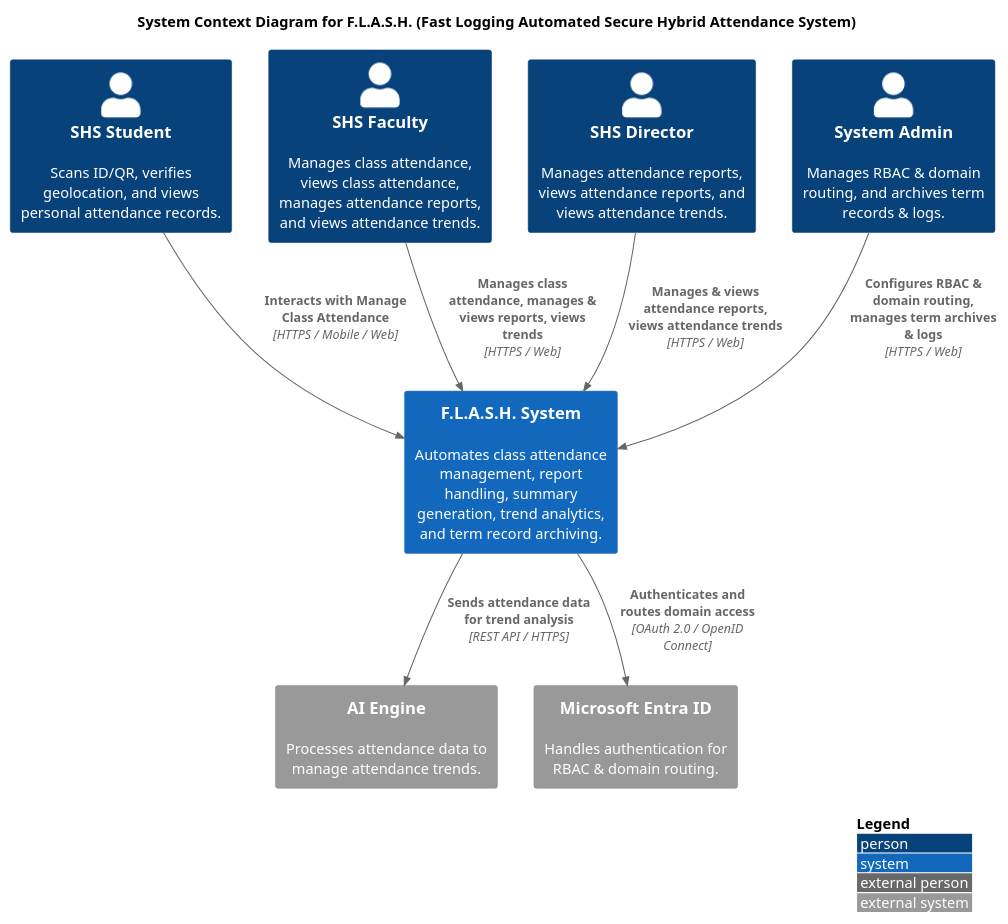
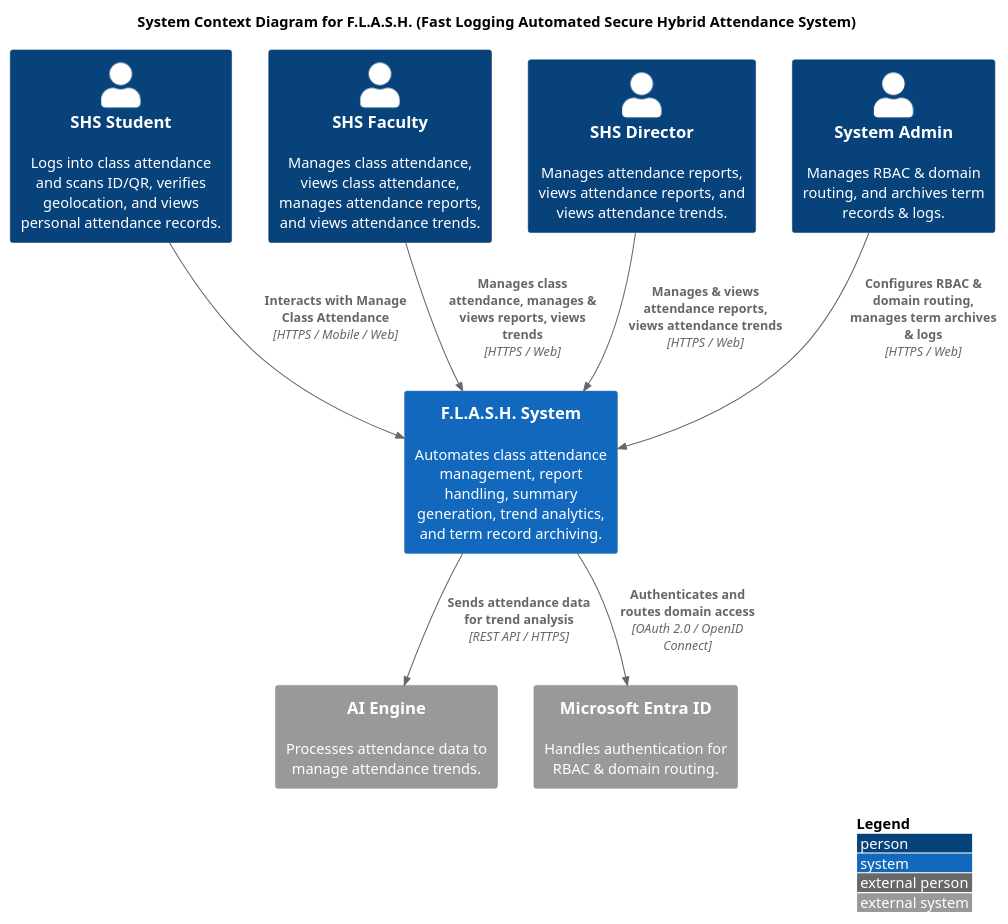
One commit to APC-SoCIT/APC-2026-2027-T1-IT241-Grp2-F.L.A.S.H-Fast-Logging-Automated-Secure-Hybrid-attendance changed the diagram in docs/MSYADD1/SystemContextDiagramCyberByte.puml. Above: the diagram before and after it, drawn with PlantUML.

Commit message:
Updated Context Diagram

```diff
--- a/docs/MSYADD1/SystemContextDiagramCyberByte.puml
+++ b/docs/MSYADD1/SystemContextDiagramCyberByte.puml
@@ -1,31 +1,31 @@
 @startuml
 !include https://raw.githubusercontent.com/plantuml-stdlib/C4-PlantUML/master/C4_Context.puml
 
 LAYOUT_WITH_LEGEND()
 
 title System Context Diagram for F.L.A.S.H. (Fast Logging Automated Secure Hybrid Attendance System)
 
 ' Persons (Users)
-Person(student, "SHS Student", "Scans ID/QR, verifies geolocation, and views personal attendance records.")
+Person(student, "SHS Student", "Logs into class attendance and scans ID/QR, verifies geolocation, and views personal attendance records.")
 Person(faculty, "SHS Faculty", "Manages class attendance, views class attendance, manages attendance reports, and views attendance trends.")
 Person(director, "SHS Director", "Manages attendance reports, views attendance reports, and views attendance trends.")
 Person(admin, "System Admin", "Manages RBAC & domain routing, and archives term records & logs.")
 
 ' Main System
 System(flash, "F.L.A.S.H. System", "Automates class attendance management, report handling, summary generation, trend analytics, and term record archiving.")
 
 ' External Systems
 System_Ext(ai_engine, "AI Engine", "Processes attendance data to manage attendance trends.")
 System_Ext(entra, "Microsoft Entra ID", "Handles authentication for RBAC & domain routing.")
 
 ' Relationships - Users to System
 Rel(student, flash, "Interacts with Manage Class Attendance", "HTTPS / Mobile / Web")
 Rel(faculty, flash, "Manages class attendance, manages & views reports, views trends", "HTTPS / Web")
 Rel(director, flash, "Manages & views attendance reports, views attendance trends", "HTTPS / Web")
 Rel(admin, flash, "Configures RBAC & domain routing, manages term archives & logs", "HTTPS / Web")
 
 ' Relationships - System to External Systems
 Rel(flash, ai_engine, "Sends attendance data for trend analysis", "REST API / HTTPS")
 Rel(flash, entra, "Authenticates and routes domain access", "OAuth 2.0 / OpenID Connect")
 
 @enduml
```
